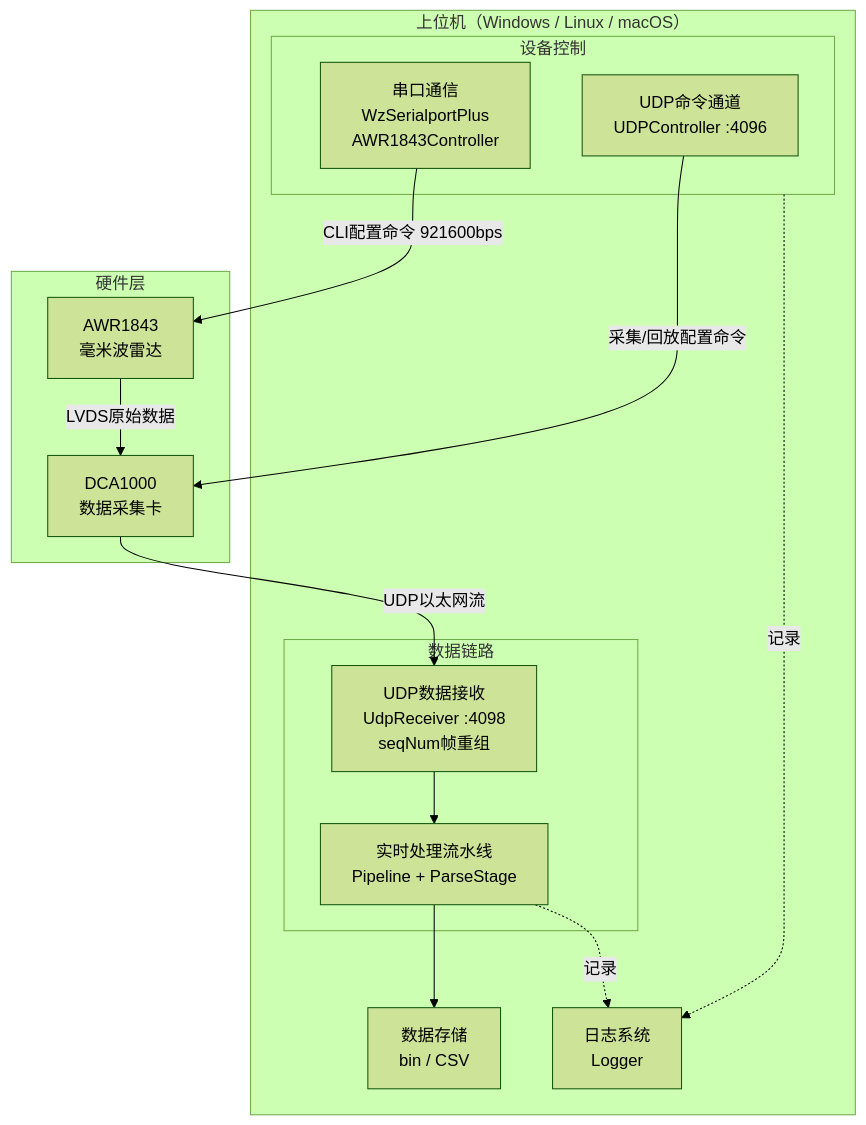
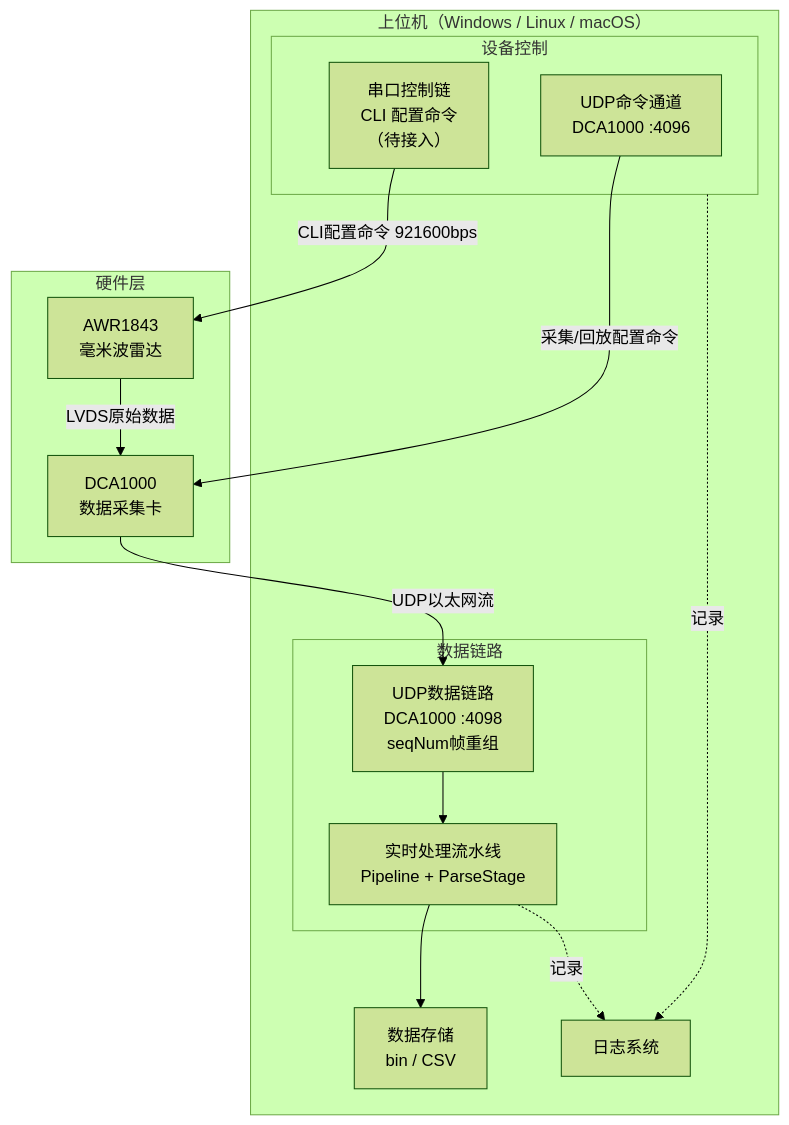
Before and after one commit to Lukad77/awr1843-radar-toolkit: the first of 4 diagrams in README.md, drawn with Mermaid (forest theme). The commit also changed other lines of this file, not shown here.

````diff
--- a/README.md
+++ b/README.md
@@ -48,28 +48,28 @@
 ```mermaid
 graph TB
     subgraph HW["硬件层"]
         RADAR["AWR1843<br/>毫米波雷达"]
         DCA["DCA1000<br/>数据采集卡"]
     end
     subgraph HOST["上位机（Windows / Linux / macOS）"]
         subgraph CTRL["设备控制"]
-            SERIAL["串口通信<br/>WzSerialportPlus<br/>AWR1843Controller"]
-            UDPCTRL["UDP命令通道<br/>UDPController :4096"]
+            SERIAL["串口控制链<br/>CLI 配置命令<br/>（待接入）"]
+            UDPCTRL["UDP命令通道<br/>DCA1000 :4096"]
         end
         subgraph DATA["数据链路"]
-            UDPRECV["UDP数据接收<br/>UdpReceiver :4098<br/>seqNum帧重组"]
+            UDPRECV["UDP数据链路<br/>DCA1000 :4098<br/>seqNum帧重组"]
             PIPE["实时处理流水线<br/>Pipeline + ParseStage"]
         end
         STORE["数据存储<br/>bin / CSV"]
-        LOG["日志系统<br/>Logger"]
+        LOG["日志系统"]
     end
 
     SERIAL -->|"CLI配置命令 921600bps"| RADAR
     UDPCTRL -->|"采集/回放配置命令"| DCA
     RADAR -->|"LVDS原始数据"| DCA
     DCA -->|"UDP以太网流"| UDPRECV
     UDPRECV --> PIPE
     PIPE --> STORE
     PIPE -.记录.-> LOG
     CTRL -.记录.-> LOG
 ```
````
